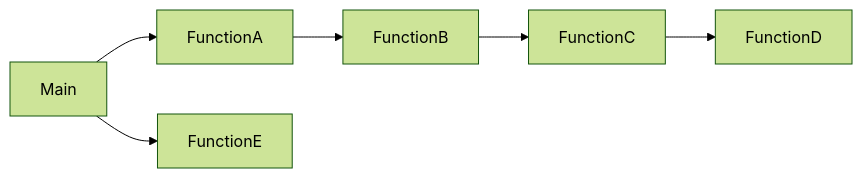
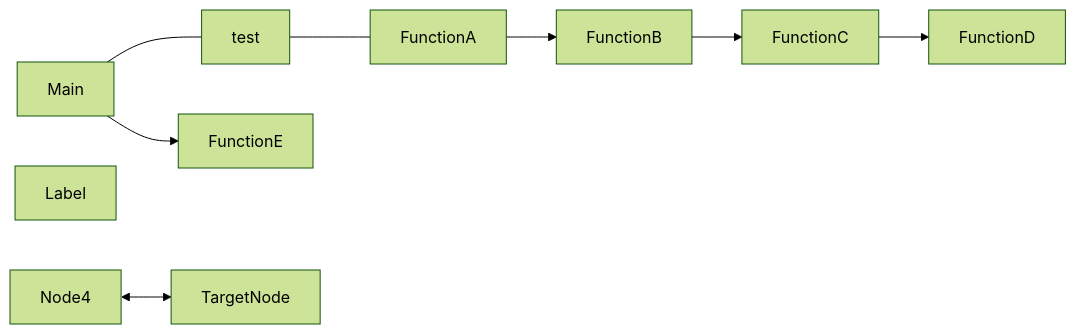
The diagram in diagram.mmd (andre-a-alves/flowchart), drawn with Mermaid (forest theme) before and after one commit. The commit also changed 6 other files, not shown here.

```diff
--- a/diagram.mmd
+++ b/diagram.mmd
@@ -1,6 +1,8 @@
 graph LR;
-    Main --> FunctionA;
+    Main --- test --- FunctionA;
     FunctionA --> FunctionB;
     FunctionB --> FunctionC;
     FunctionC --> FunctionD;
     Main --> FunctionE;
+    Node3[Label]
+    Node4<-->TargetNode\n
```
